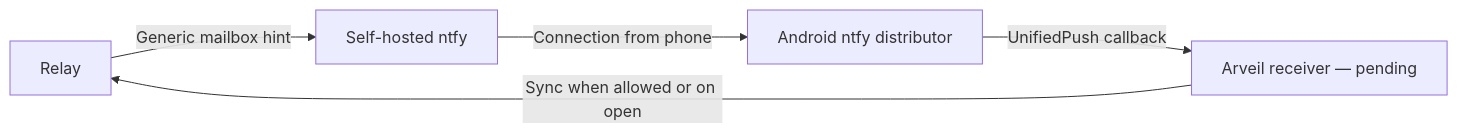
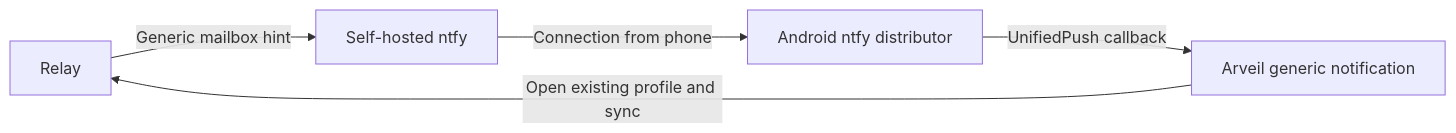
One commit to Ulzuhan/arveil changed the diagram in docs/CLIENT_FILES_NOTIFICATIONS.md. Above: the diagram before and after it, drawn with Mermaid. The commit also changed other lines of this file and 42 other files, not shown here.

Commit message:
Add experimental self-hosted Android notification receiver

````diff
--- a/docs/CLIENT_FILES_NOTIFICATIONS.md
+++ b/docs/CLIENT_FILES_NOTIFICATIONS.md
@@ -70,7 +70,7 @@
 ```mermaid
 flowchart LR
   R[Relay] -->|Generic mailbox hint| N[Self-hosted ntfy]
   N -->|Connection from phone| D[Android ntfy distributor]
-  D -->|UnifiedPush callback| A[Arveil receiver — pending]
-  A -->|Sync when allowed or on open| R
+  D -->|UnifiedPush callback| A[Arveil generic notification]
+  A -->|Open existing profile and sync| R
 ```
````
